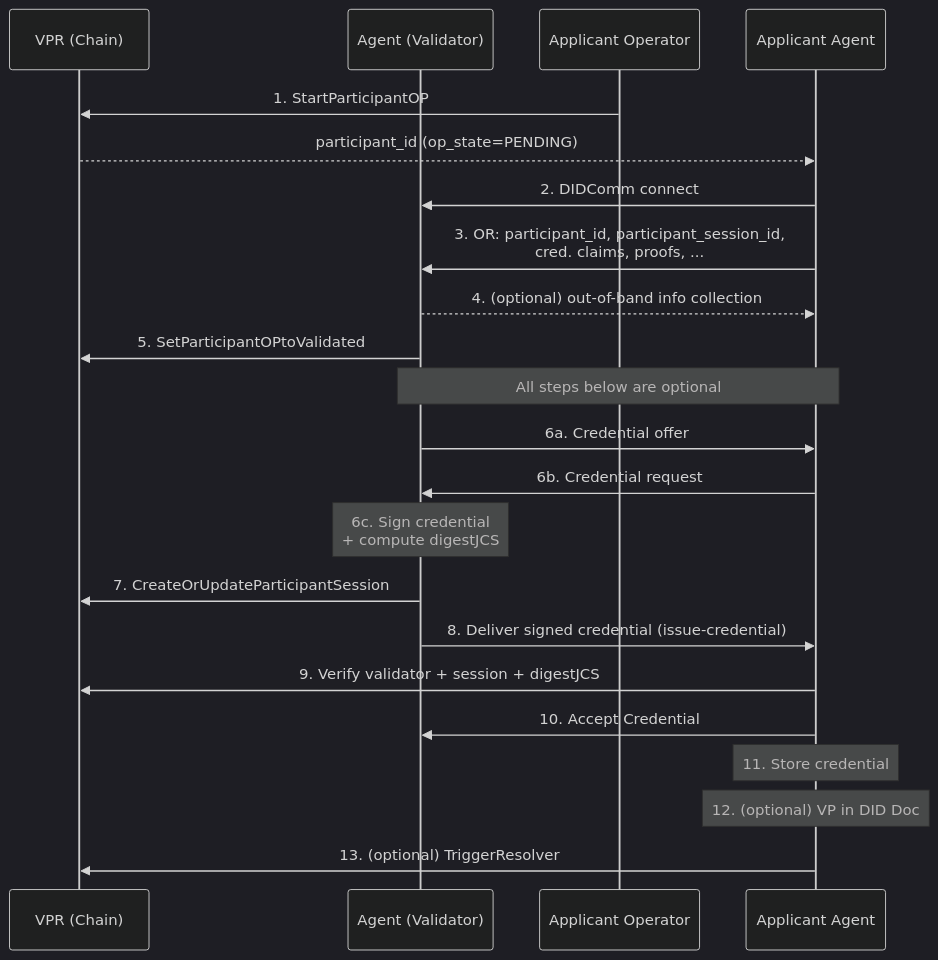
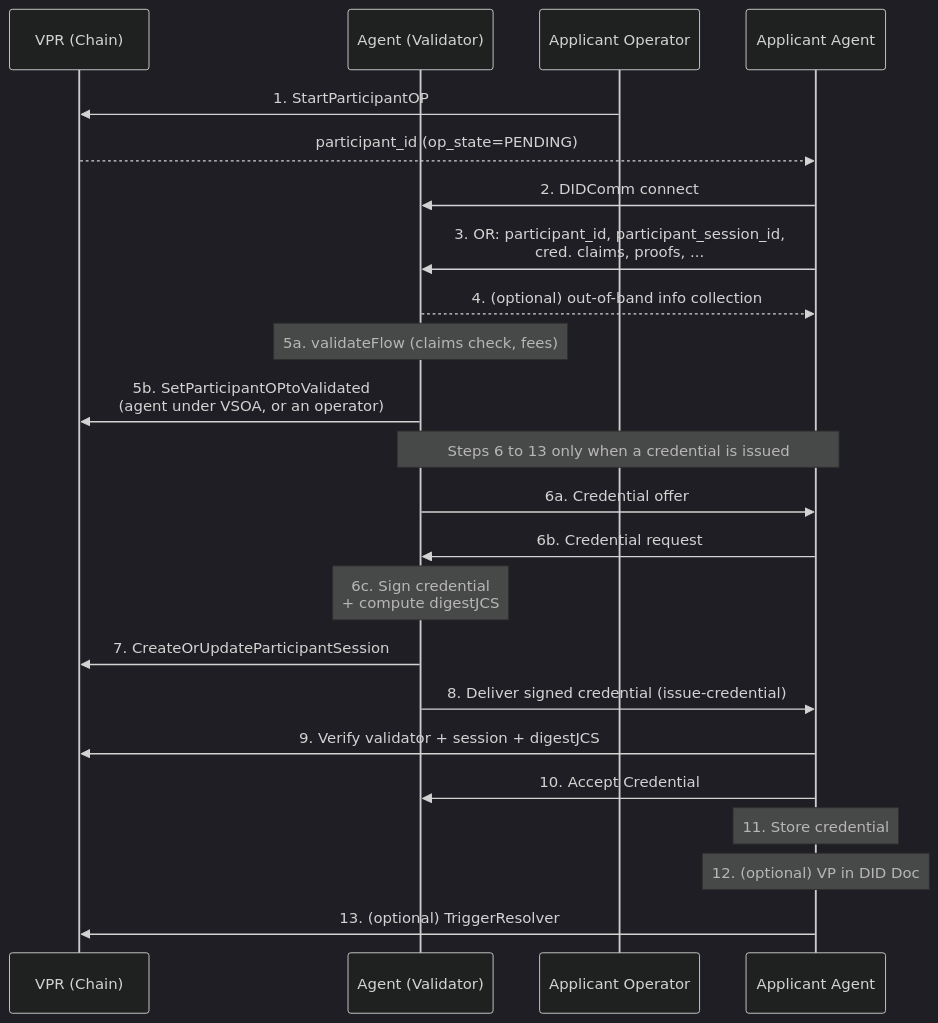
Before and after one commit to verana-labs/verana-spec: the fourth of 9 diagrams in v4/vs-agent/spec.md, drawn with Mermaid (dark theme). The commit also changed other lines of this file, not shown here.

First line of the commit message:
feat(vs-agent): validateFlow submits SetParticipantOPtoValidated under a VSOA or hands it to an operator; rejectFlow; validation states

````diff
--- a/v4/vs-agent/spec.md
+++ b/v4/vs-agent/spec.md
@@ -628,26 +628,27 @@
 ```mermaid
 sequenceDiagram
 
     participant VPR as VPR (Chain)
     participant Validator as Agent (Validator)
 
     Applicant Operator->>VPR: 1. StartParticipantOP
     VPR-->>Applicant Agent: participant_id (op_state=PENDING)
     Applicant Agent->>Validator: 2. DIDComm connect
     Applicant Agent->>Validator: 3. OR: participant_id, participant_session_id,<br/>cred. claims, proofs, ...
     Validator-->>Applicant Agent: 4. (optional) out-of-band info collection
-    Validator->>VPR: 5. SetParticipantOPtoValidated
+    Note over Validator: 5a. validateFlow (claims check, fees)
+    Validator->>VPR: 5b. SetParticipantOPtoValidated<br/>(agent under VSOA, or an operator)
 
-    Note over Applicant Agent,Validator: All steps below are optional
+    Note over Applicant Agent,Validator: Steps 6 to 13 only when a credential is issued
 
     Validator->>Applicant Agent: 6a. Credential offer
     Applicant Agent->>Validator: 6b. Credential request
     Note over Validator: 6c. Sign credential<br/>+ compute digestJCS
     Validator->>VPR: 7. CreateOrUpdateParticipantSession
     Validator->>Applicant Agent: 8. Deliver signed credential (issue-credential)
     Applicant Agent->>VPR: 9. Verify validator + session + digestJCS
     Applicant Agent->>Validator: 10. Accept Credential
     Note over Applicant Agent: 11. Store credential
     Note over Applicant Agent: 12. (optional) VP in DID Doc
     Applicant Agent->>VPR: 13. (optional) TriggerResolver
 ```
````
